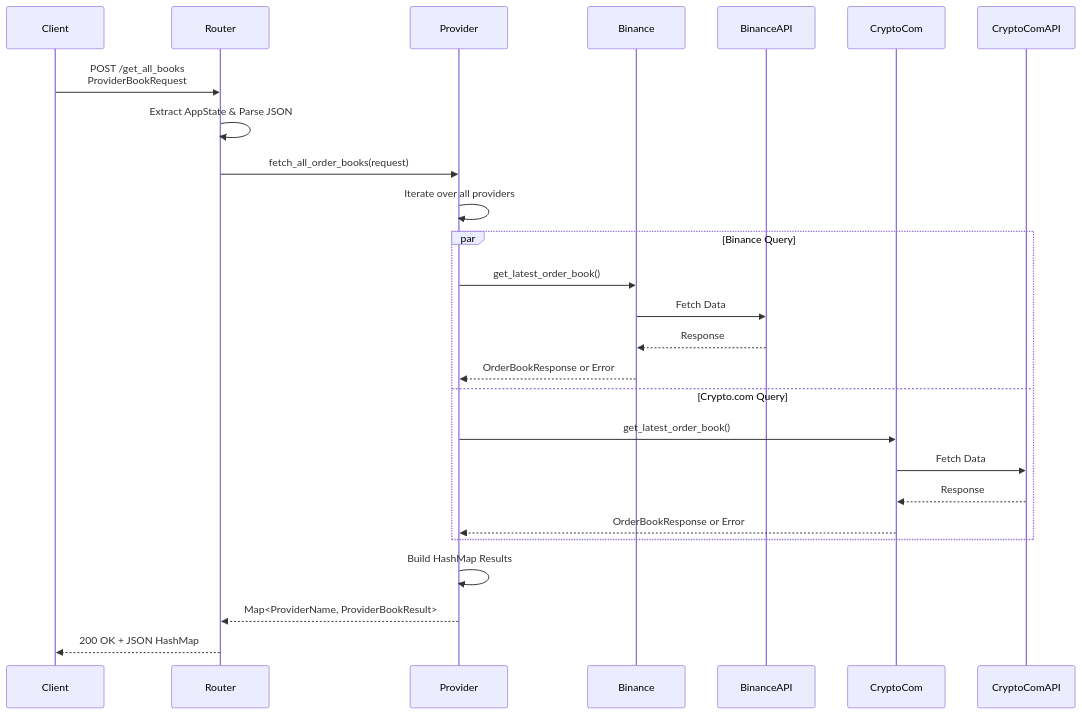
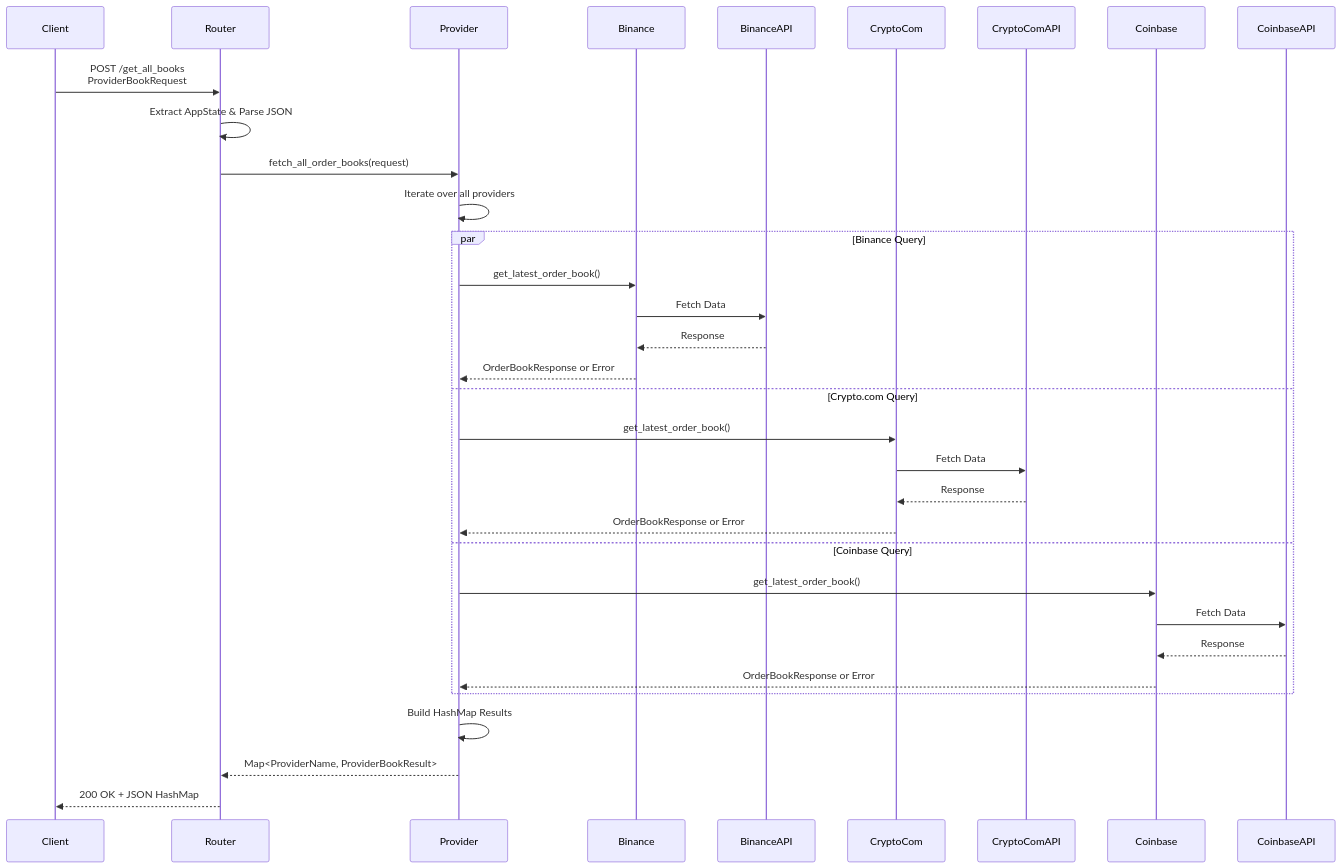
The fourth of 4 diagrams in README.md (tejasvi-mehra/crypto-market-connector), drawn with Mermaid before and after one commit. The commit also changed other lines of this file and 1 other file, not shown here.

````diff
--- a/README.md
+++ b/README.md
@@ -112,21 +121,26 @@
 ```mermaid
 sequenceDiagram
     Client->>Router: POST /get_all_books<br/>ProviderBookRequest
     Router->>Router: Extract AppState & Parse JSON
     Router->>Provider: fetch_all_order_books(request)
     Provider->>Provider: Iterate over all providers
     par Binance Query
         Provider->>Binance: get_latest_order_book()
         Binance->>BinanceAPI: Fetch Data
         BinanceAPI-->>Binance: Response
         Binance-->>Provider: OrderBookResponse or Error
     and Crypto.com Query
         Provider->>CryptoCom: get_latest_order_book()
         CryptoCom->>CryptoComAPI: Fetch Data
         CryptoComAPI-->>CryptoCom: Response
         CryptoCom-->>Provider: OrderBookResponse or Error
+    and Coinbase Query
+        Provider->>Coinbase: get_latest_order_book()
+        Coinbase->>CoinbaseAPI: Fetch Data
+        CoinbaseAPI-->>Coinbase: Response
+        Coinbase-->>Provider: OrderBookResponse or Error
     end
     Provider->>Provider: Build HashMap Results
     Provider-->>Router: Map<ProviderName, ProviderBookResult>
     Router-->>Client: 200 OK + JSON HashMap
 ```
````
